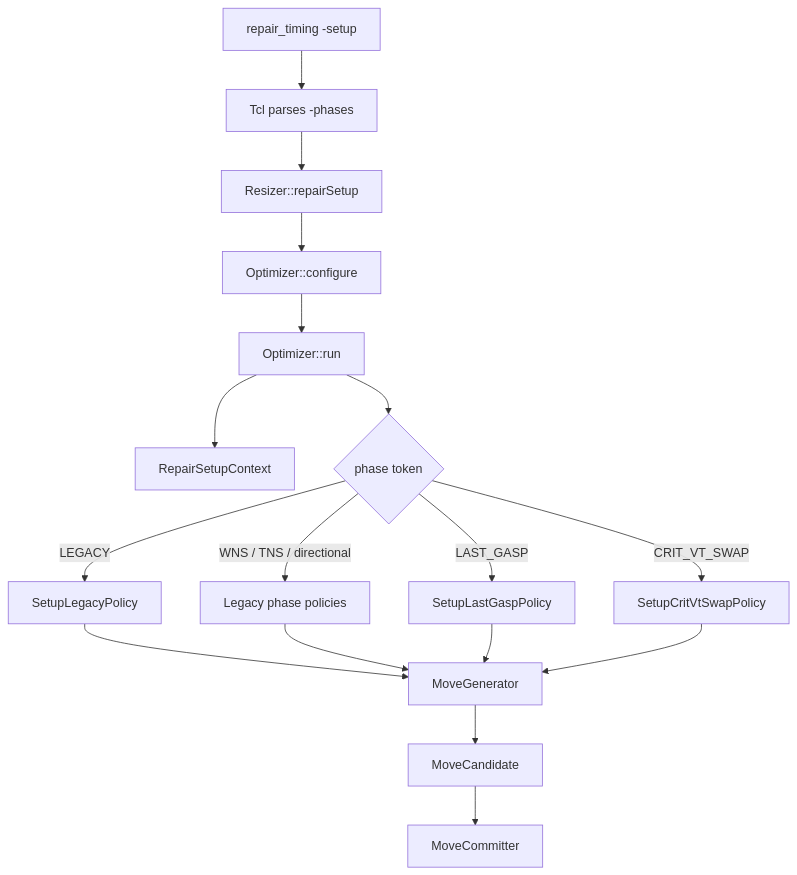
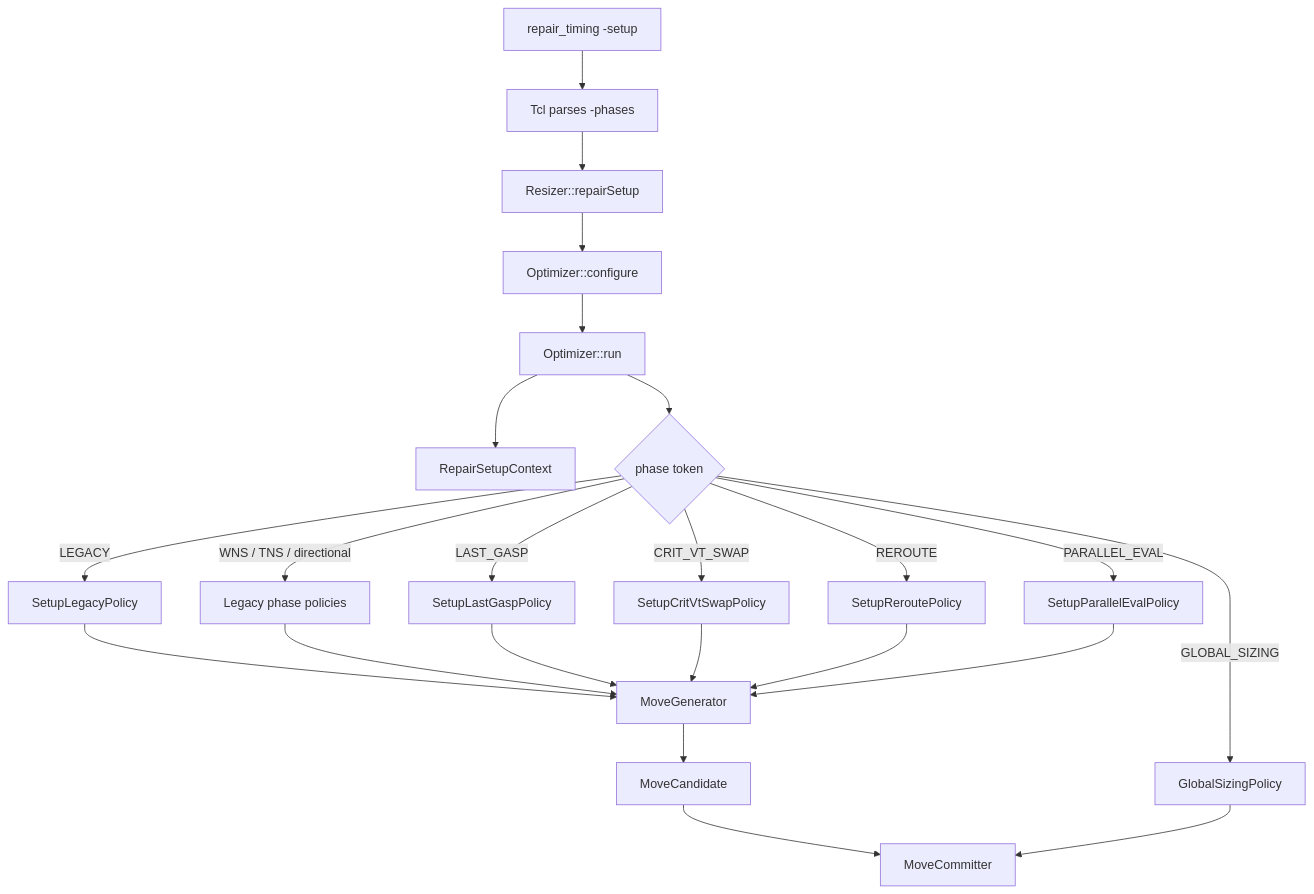
One commit to The-OpenROAD-Project/OpenROAD changed the first of 3 diagrams in src/rsz/doc/architecture.md. Above: the diagram before and after it, drawn with Mermaid. The commit also changed other lines of this file, not shown here.

First line of the commit message:
doc: Update the rsz setup repair architecture

````diff
--- a/src/rsz/doc/architecture.md
+++ b/src/rsz/doc/architecture.md
@@ -87,19 +111,25 @@
 ```mermaid
 flowchart TD
     A[repair_timing -setup] --> B[Tcl parses -phases]
     B --> C[Resizer::repairSetup]
     C --> D[Optimizer::configure]
     D --> E[Optimizer::run]
     E --> F[RepairSetupContext]
     E --> G{phase token}
     G -->|LEGACY| H[SetupLegacyPolicy]
     G -->|WNS / TNS / directional| I[Legacy phase policies]
     G -->|LAST_GASP| J[SetupLastGaspPolicy]
     G -->|CRIT_VT_SWAP| K[SetupCritVtSwapPolicy]
+    G -->|REROUTE| R[SetupReroutePolicy]
+    G -->|GLOBAL_SIZING| S[GlobalSizingPolicy]
+    G -->|PARALLEL_EVAL| L[SetupParallelEvalPolicy]
     H --> M[MoveGenerator]
     I --> M
     J --> M
     K --> M
+    R --> M
+    L --> M
     M --> N[MoveCandidate]
     N --> O[MoveCommitter]
+    S --> O
 ```
````
